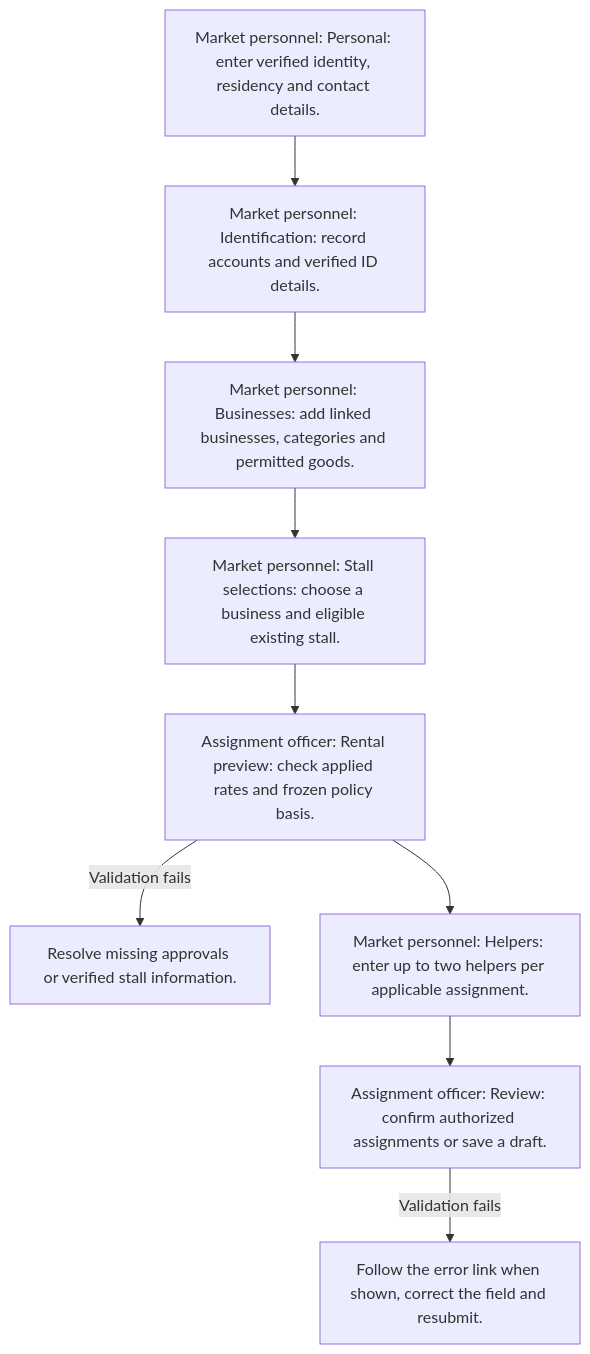
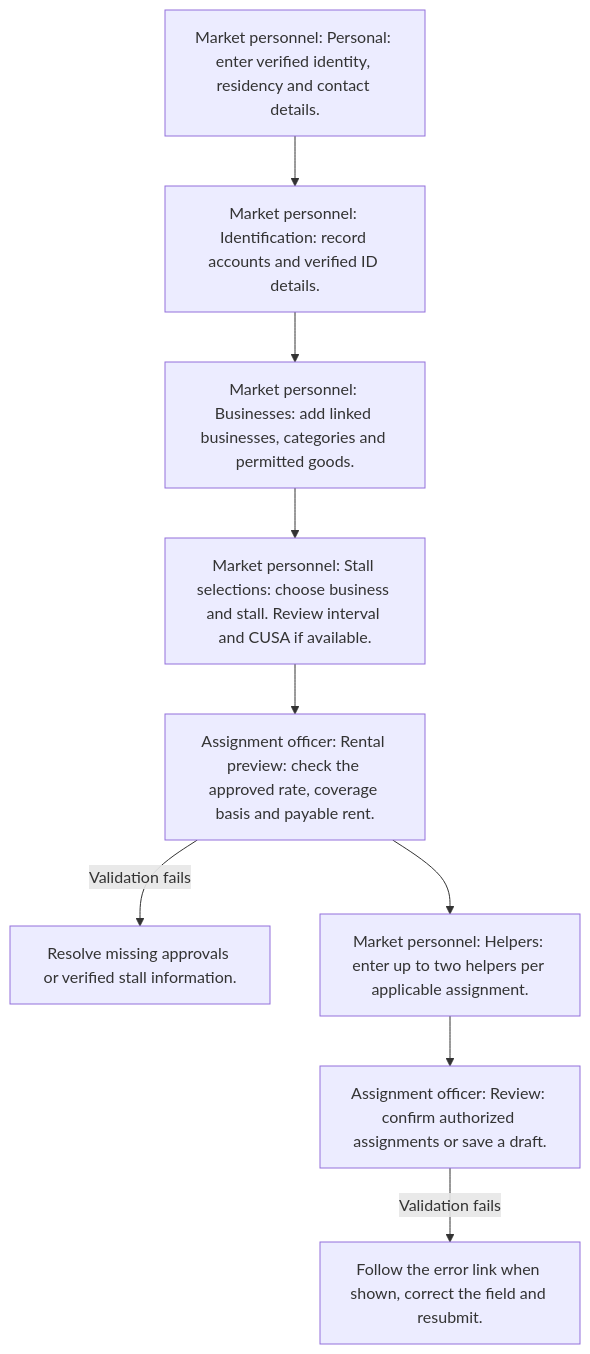
Before and after one commit to byte-vnz/markethub: the diagram in docs/user-manual/workflows/03-tenant.mmd, drawn with Mermaid. The commit also changed 208 other files, not shown here.

```diff
--- a/docs/user-manual/workflows/03-tenant.mmd
+++ b/docs/user-manual/workflows/03-tenant.mmd
@@ -1,16 +1,16 @@
 flowchart TD
     N0["Market personnel: Personal: enter verified identity, residency and contact details."]
     N1["Market personnel: Identification: record accounts and verified ID details."]
     N0 --> N1
     N2["Market personnel: Businesses: add linked businesses, categories and permitted goods."]
     N1 --> N2
-    N3["Market personnel: Stall selections: choose a business and eligible existing stall."]
+    N3["Market personnel: Stall selections: choose business and stall. Review interval and CUSA if available."]
     N2 --> N3
-    N4["Assignment officer: Rental preview: check applied rates and frozen policy basis."]
+    N4["Assignment officer: Rental preview: check the approved rate, coverage basis and payable rent."]
     N3 --> N4
     N4 -->|Validation fails| F4["Resolve missing approvals or verified stall information."]
     N5["Market personnel: Helpers: enter up to two helpers per applicable assignment."]
     N4 --> N5
     N6["Assignment officer: Review: confirm authorized assignments or save a draft."]
     N5 --> N6
     N6 -->|Validation fails| F6["Follow the error link when shown, correct the field and resubmit."]
```
